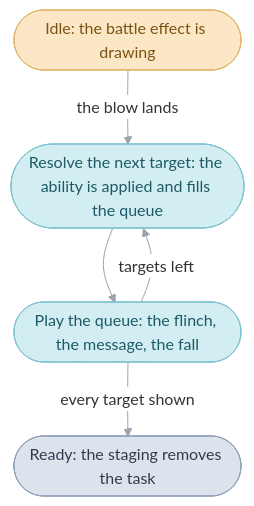
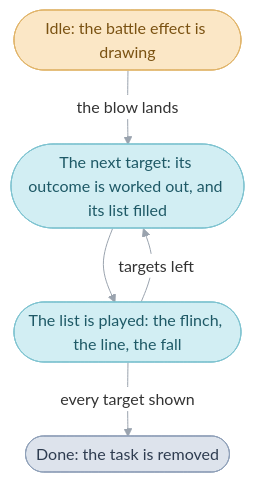
One commit to PascalPixel/alchemy changed the second of 2 diagrams in games/tbs/src/battle/README.md. Above: the diagram before and after it, drawn with Mermaid. The commit also changed other lines of this file and 20 other files, not shown here.

````diff
--- a/games/tbs/src/battle/README.md
+++ b/games/tbs/src/battle/README.md
@@ -582,14 +665,14 @@
 ```mermaid
 %%{init: {"theme": "base", "themeVariables": {"lineColor": "#9AA3AE", "edgeLabelBackground": "#FFFFFF"}, "flowchart": {"curve": "basis", "padding": 12}}}%%
 flowchart TD
-  idle(["Idle: the battle effect is drawing"]) -- "the blow lands" --> resolve(["Resolve the next target: the ability is applied and fills the queue"])
-  resolve --> play(["Play the queue: the flinch, the message, the fall"])
+  idle(["Idle: the battle effect is drawing"]) -- "the blow lands" --> resolve(["The next target: its outcome is worked out, and its list filled"])
+  resolve --> play(["The list is played: the flinch, the line, the fall"])
   play -- "targets left" --> resolve
-  play -- "every target shown" --> ready(["Ready: the staging removes the task"])
+  play -- "every target shown" --> ready(["Done: the task is removed"])
   classDef frame fill:#FBE7C6,stroke:#E0B46A,color:#7A5212
   classDef turn fill:#D2EEF3,stroke:#7FC3D0,color:#1E5966
   classDef out fill:#DDE3EC,stroke:#8FA0B8,color:#2E3C50
   class idle frame
   class resolve,play turn
   class ready out
 ```
````
